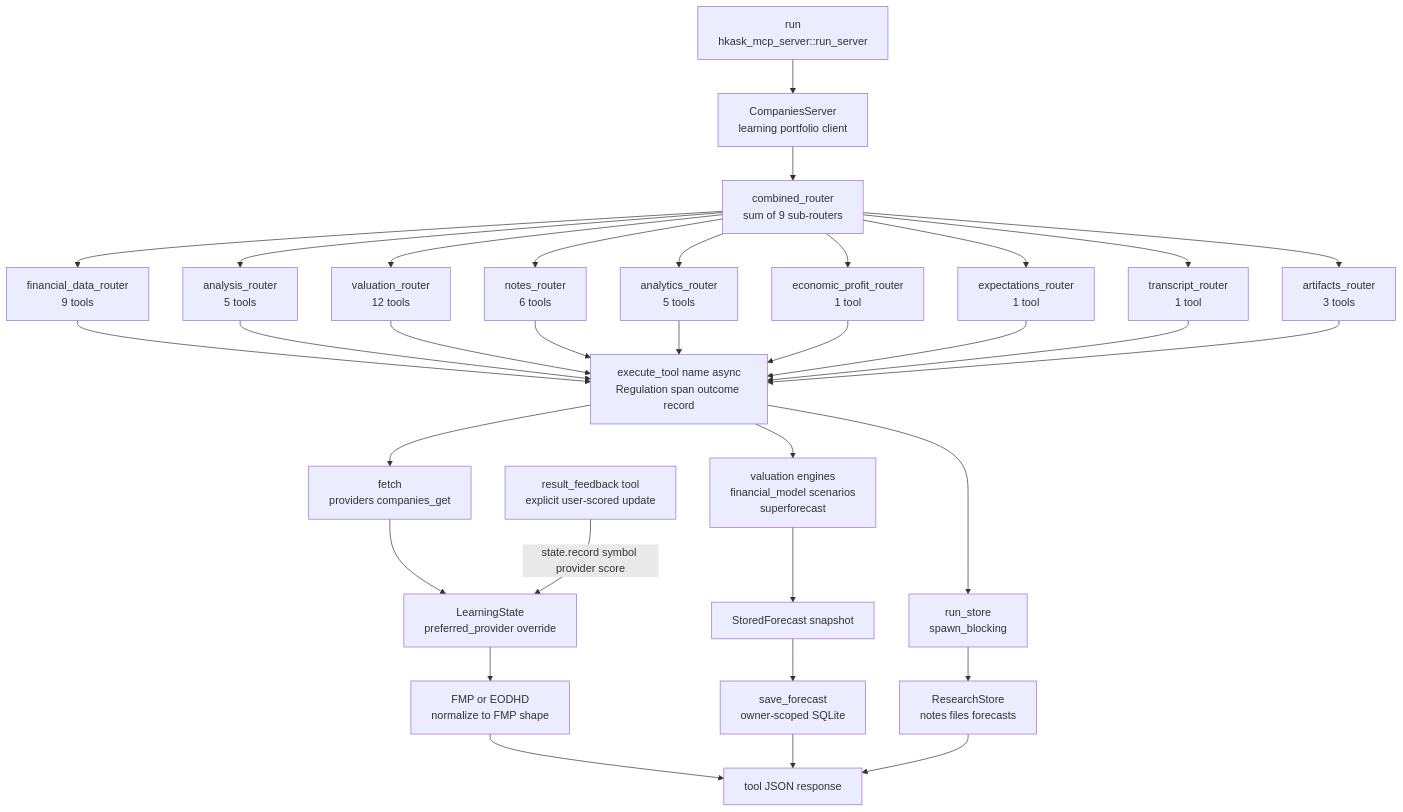
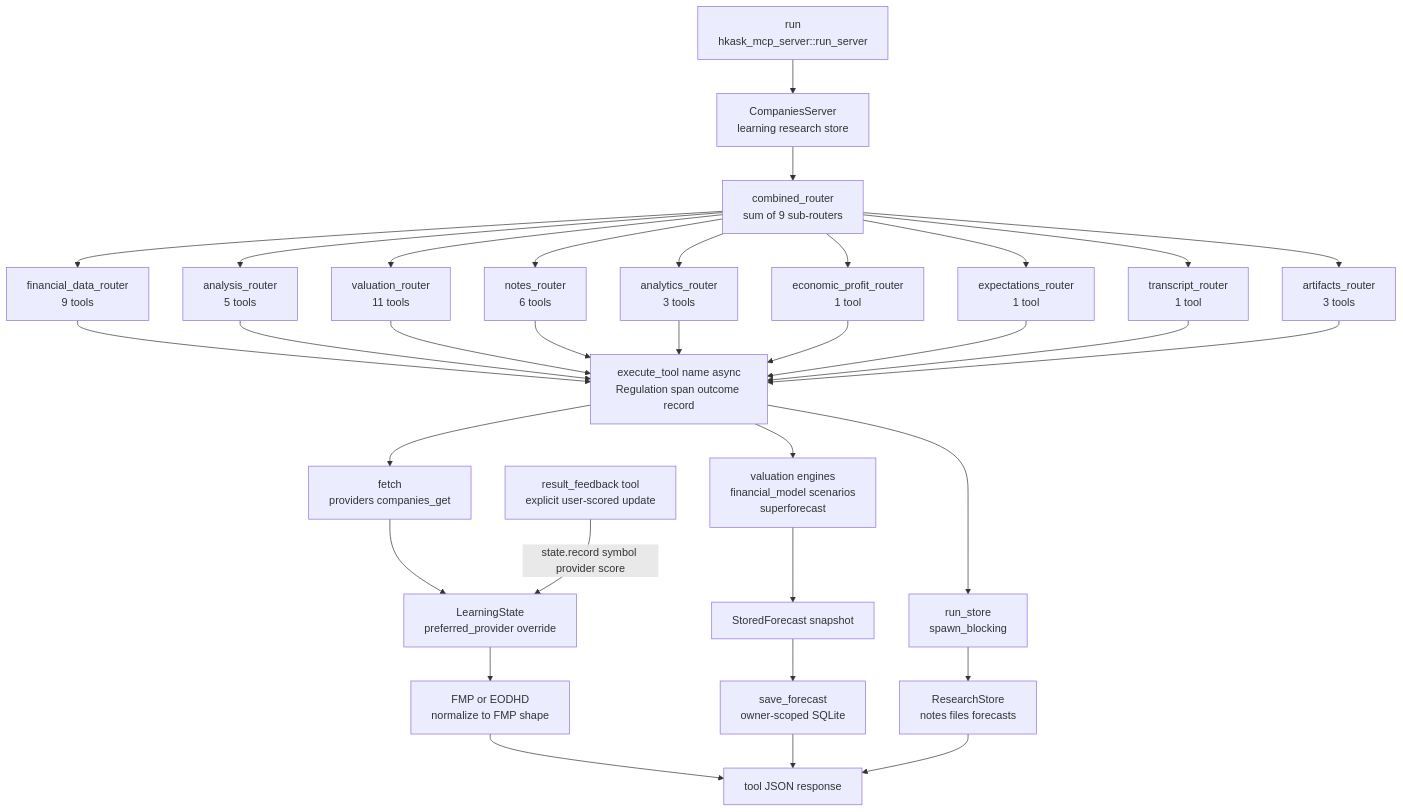
The diagram in kask/docs/reference/mcp-servers/companies.md (mdz-axo/zed-kask), drawn with Mermaid before and after one commit. The commit also changed other lines of this file and 4 other files, not shown here.

Commit message:
Remove portfolio analytics from companies

````diff
--- a/kask/docs/reference/mcp-servers/companies.md
+++ b/kask/docs/reference/mcp-servers/companies.md
@@ -125,37 +125,37 @@
 ```mermaid
 flowchart TD
     Boot["run<br/>hkask_mcp_server::run_server"]
-    Boot --> Srv["CompaniesServer<br/>learning portfolio client"]
+    Boot --> Srv["CompaniesServer<br/>learning research store"]
     Srv --> Comb["combined_router<br/>sum of 9 sub-routers"]
     Comb --> R1["financial_data_router<br/>9 tools"]
     Comb --> R2["analysis_router<br/>5 tools"]
-    Comb --> R3["valuation_router<br/>12 tools"]
+    Comb --> R3["valuation_router<br/>11 tools"]
     Comb --> R4["notes_router<br/>6 tools"]
-    Comb --> R5["analytics_router<br/>5 tools"]
+    Comb --> R5["analytics_router<br/>3 tools"]
     Comb --> R6["economic_profit_router<br/>1 tool"]
     Comb --> R7["expectations_router<br/>1 tool"]
     Comb --> R8["transcript_router<br/>1 tool"]
     Comb --> R9["artifacts_router<br/>3 tools"]
     R1 --> Seam["execute_tool name async<br/>Regulation span outcome record"]
     R2 --> Seam
     R3 --> Seam
     R4 --> Seam
     R5 --> Seam
     R6 --> Seam
     R7 --> Seam
     R8 --> Seam
     R9 --> Seam
     Seam --> SinkA["fetch<br/>providers companies_get"]
     Seam --> SinkB["valuation engines<br/>financial_model scenarios<br/>superforecast"]
     Seam --> SinkC["run_store<br/>spawn_blocking"]
     SinkA --> Learn["LearningState<br/>preferred_provider override"]
     Learn --> FmpEod["FMP or EODHD<br/>normalize to FMP shape"]
     FmpEod --> Out["tool JSON response"]
     SinkB --> Stored["StoredForecast snapshot"]
     Stored --> Persist["save_forecast<br/>owner-scoped SQLite"]
     SinkC --> Ledger["ResearchStore<br/>notes files forecasts"]
     Persist --> Out
     Feedback["result_feedback tool<br/>explicit user-scored update"]
     Feedback -->|"state.record symbol provider score"| Learn
     Ledger --> Out
 ```
````
